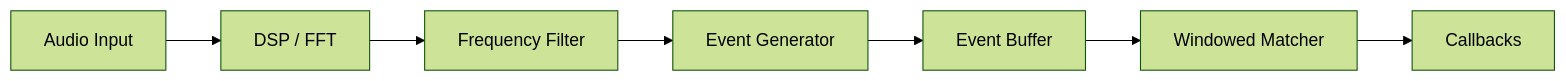
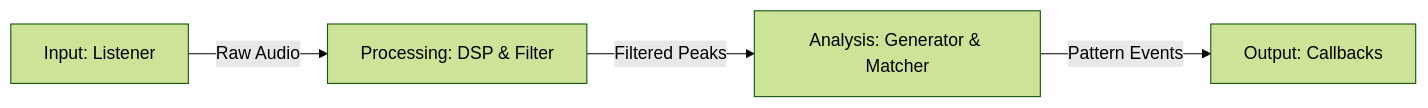
The diagram in ARCHITECTURE.md (h0tp-ftw/acoustic-engine), drawn with Mermaid (forest theme) before and after one commit. The commit also changed other lines of this file, not shown here.

Commit message:
docs: comprehensively rewrite the engine architecture document, detailing pipeline stages, directory layout, data models, and threading.

````diff
--- a/ARCHITECTURE.md
+++ b/ARCHITECTURE.md
@@ -9,9 +11,6 @@
 ```mermaid
 graph LR
-    A[Audio Input] --> B[DSP / FFT]
-    B --> C[Frequency Filter]
-    C --> D[Event Generator]
-    D --> E[Event Buffer]
-    E --> F[Windowed Matcher]
-    F --> G[Callbacks]
+    A[Input: Listener] -->|Raw Audio| B[Processing: DSP & Filter]
+    B -->|Filtered Peaks| C[Analysis: Generator & Matcher]
+    C -->|Pattern Events| D[Output: Callbacks]
 ```
````
